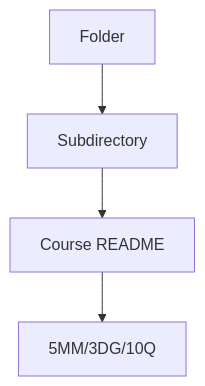
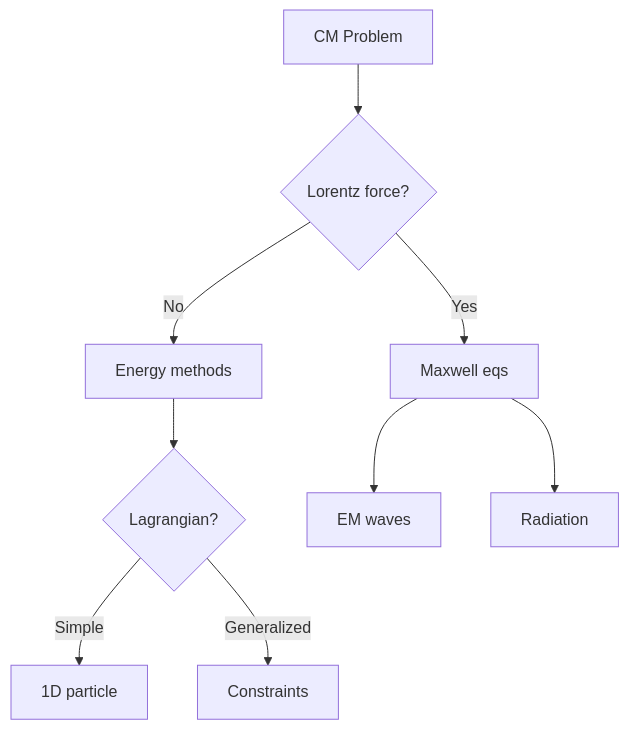
The second of 5 diagrams in 04_MPhil_PhD_Prep/qualifying_exam_practice/README.md (yip-lgtm/PhysicsSelfStudy), drawn with Mermaid before and after one commit. The commit also changed other lines of this file and 4 other files, not shown here.

````diff
--- a/04_MPhil_PhD_Prep/qualifying_exam_practice/README.md
+++ b/04_MPhil_PhD_Prep/qualifying_exam_practice/README.md
@@ -113,6 +567,11 @@
 ```mermaid
 graph TD
-    A[Folder] --> B[Subdirectory]
-    B --> C[Course README]
-    C --> D[5MM/3DG/10Q]
+    A[CM Problem] --> B{Lorentz force?}
+    B -->|No| C[Energy methods]
+    B -->|Yes| D[Maxwell eqs]
+    C --> E{Lagrangian?}
+    E -->|Simple| F[1D particle]
+    E -->|Generalized| G[Constraints]
+    D --> H[EM waves]
+    D --> I[Radiation]
 ```
````
